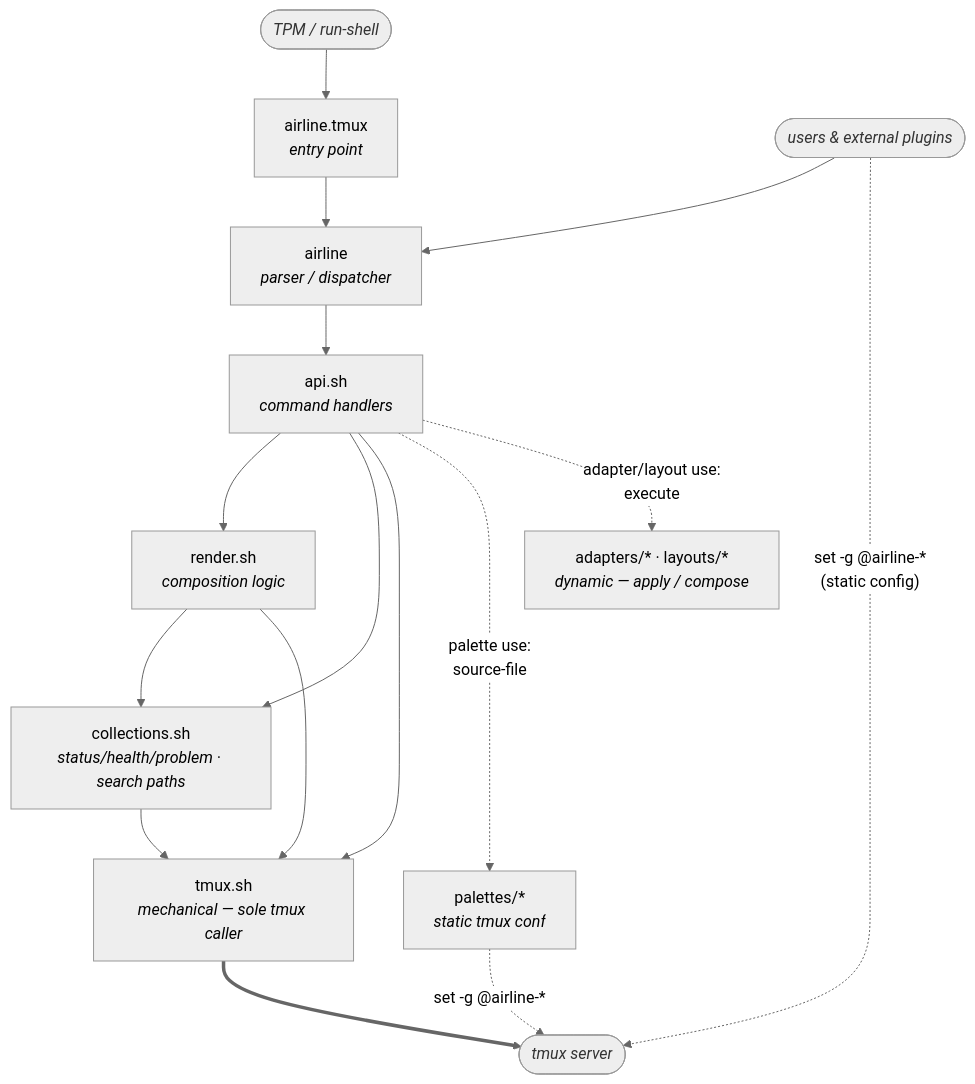
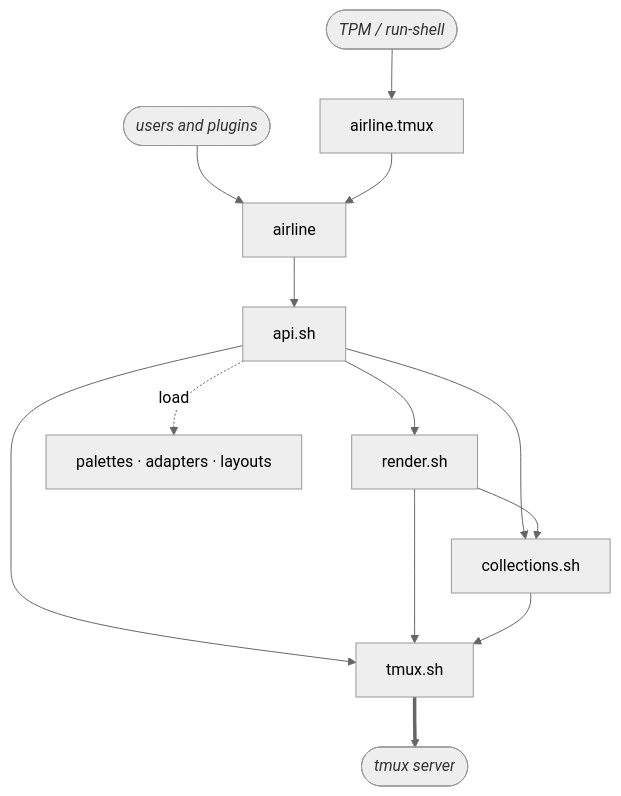
The first of 2 diagrams in DESIGN.md (andrewjstryker/tmux-airline), drawn with Mermaid (neutral theme) before and after one commit. The commit also changed other lines of this file, not shown here.

````diff
--- a/DESIGN.md
+++ b/DESIGN.md
@@ -97,20 +42,17 @@
 ```mermaid
 graph TD
-    TPM([TPM / run-shell]):::ext --> ENTRY["airline.tmux<br/><i>entry point</i>"]
-    EXT([users &amp; external plugins]):::ext --> CLI["airline<br/><i>parser / dispatcher</i>"]
+    TPM([TPM / run-shell]):::ext --> ENTRY[airline.tmux]
+    EXT([users and plugins]):::ext --> CLI[airline]
     ENTRY --> CLI
-    CLI --> API["api.sh<br/><i>command handlers</i>"]
-    API --> LOGIC["render.sh<br/><i>composition logic</i>"]
-    API --> COLL["collections.sh<br/><i>status/health/problem · search paths</i>"]
+    CLI --> API[api.sh]
+    API --> LOGIC[render.sh]
+    API --> COLL[collections.sh]
     LOGIC --> COLL
-    LOGIC --> MECH["tmux.sh<br/><i>mechanical — sole tmux caller</i>"]
-    API --> MECH
+    API --> MECH[tmux.sh]
+    LOGIC --> MECH
     COLL --> MECH
-    EXT -. "set -g @airline-*<br/>(static config)" .-> TMUX
-    API -. "palette use:<br/>source-file" .-> STATIC["palettes/*<br/><i>static tmux conf</i>"]
-    API -. "adapter/layout use:<br/>execute" .-> DYN["adapters/* · layouts/*<br/><i>dynamic — apply / compose</i>"]
-    STATIC -. "set -g @airline-*" .-> TMUX
+    API -. load .-> FILES[palettes · adapters · layouts]
     MECH ==> TMUX([tmux server]):::ext
 
     classDef ext fill:#eee,stroke:#999,color:#333,font-style:italic;
 ```
````
